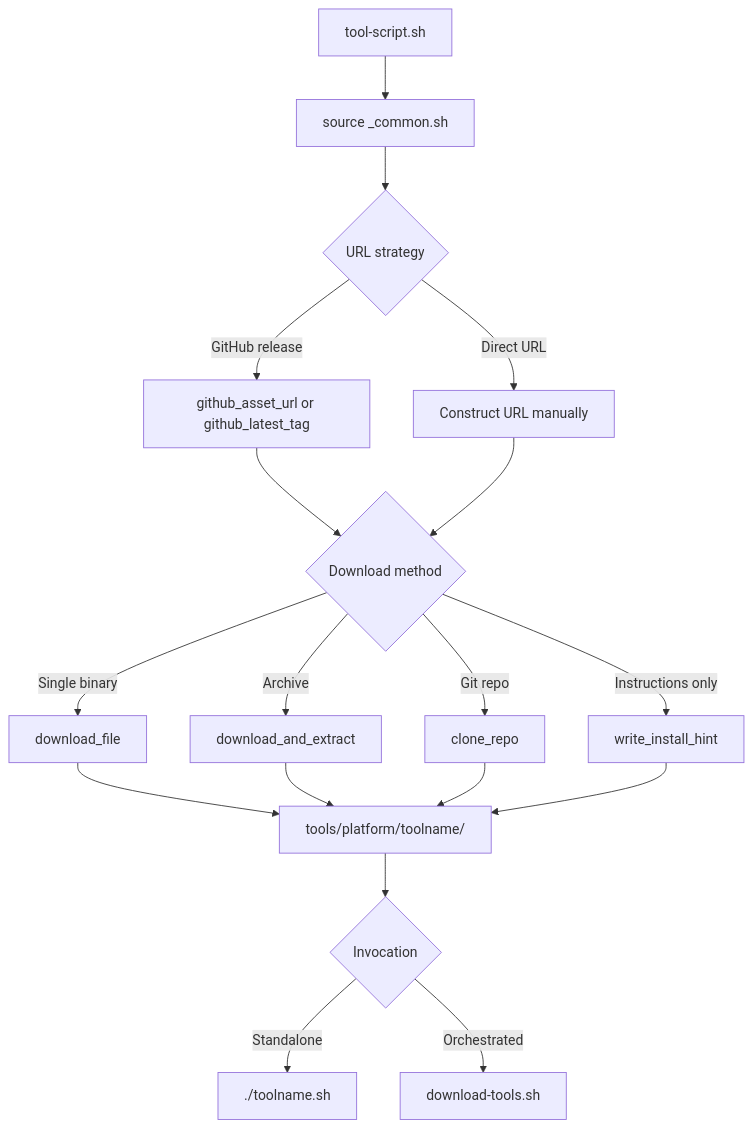
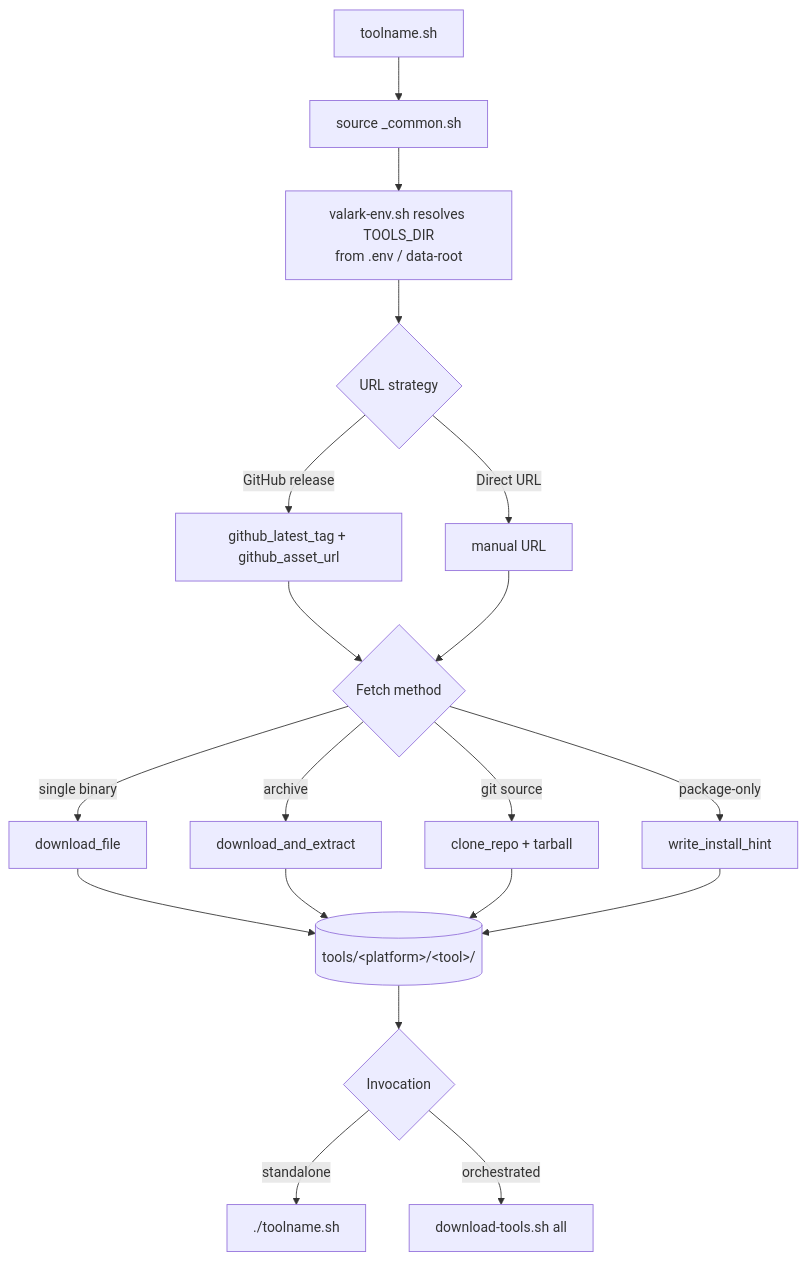
One commit to mvalancy/val-ark changed the diagram in scripts/tools/README.md. Above: the diagram before and after it, drawn with Mermaid. The commit also changed other lines of this file and 13 other files, not shown here.

````diff
--- a/scripts/tools/README.md
+++ b/scripts/tools/README.md
@@ -9,20 +18,21 @@
 ```mermaid
 flowchart TD
-    A[tool-script.sh] --> B[source _common.sh]
-    B --> C{URL strategy}
-    C -->|GitHub release| D[github_asset_url or github_latest_tag]
-    C -->|Direct URL| E[Construct URL manually]
-    D --> F{Download method}
+    A[toolname.sh] --> B[source _common.sh]
+    B --> ENV[valark-env.sh resolves TOOLS_DIR<br/>from .env / data-root]
+    ENV --> C{URL strategy}
+    C -->|GitHub release| D[github_latest_tag + github_asset_url]
+    C -->|Direct URL| E[manual URL]
+    D --> F{Fetch method}
     E --> F
-    F -->|Single binary| G[download_file]
-    F -->|Archive| H[download_and_extract]
-    F -->|Git repo| I[clone_repo]
-    F -->|Instructions only| J[write_install_hint]
-    G --> K[tools/platform/toolname/]
+    F -->|single binary| G[download_file]
+    F -->|archive| H[download_and_extract]
+    F -->|git source| I[clone_repo + tarball]
+    F -->|package-only| J[write_install_hint]
+    G --> K[(tools/&lt;platform&gt;/&lt;tool&gt;/)]
     H --> K
     I --> K
     J --> K
     K --> L{Invocation}
-    L -->|Standalone| M[./toolname.sh]
-    L -->|Orchestrated| N[download-tools.sh]
+    L -->|standalone| M[./toolname.sh]
+    L -->|orchestrated| N[download-tools.sh all]
 ```
````
